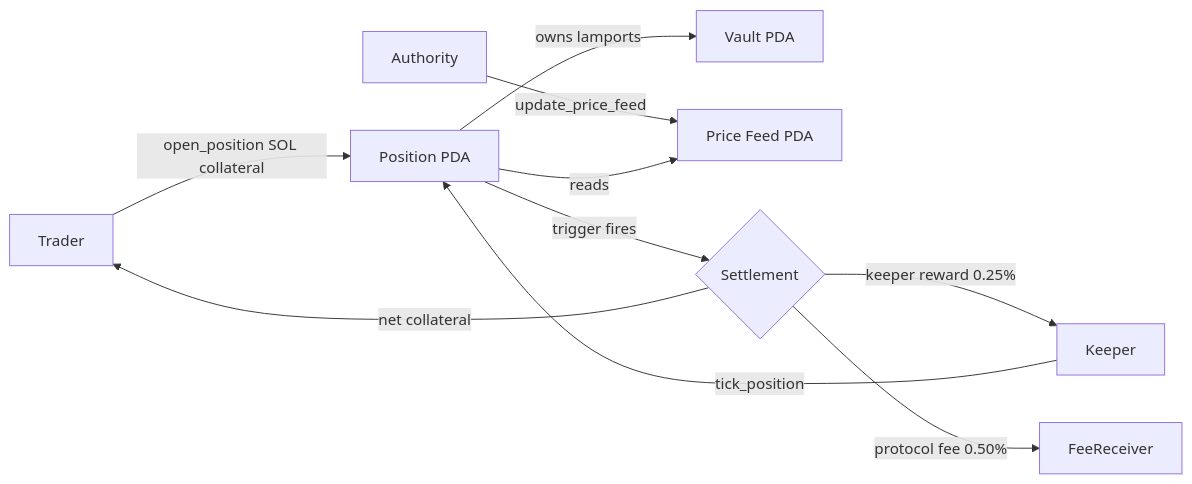
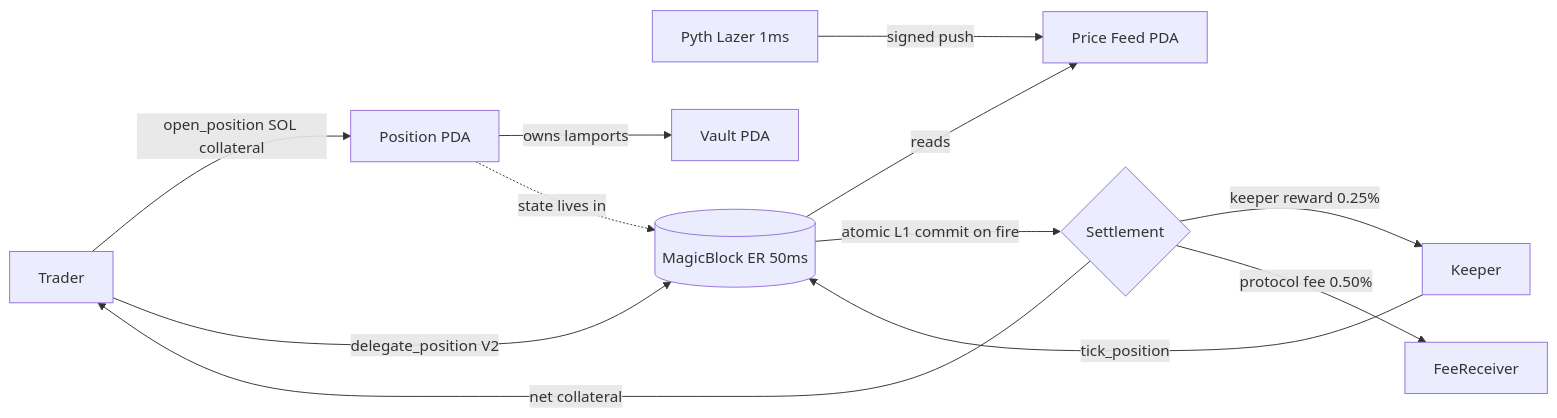
One commit to Hwaldev/hwal changed the diagram in README.md. Above: the diagram before and after it, drawn with Mermaid. The commit also changed other lines of this file and 3 other files, not shown here.

First line of the commit message:
docs: reposition around Pyth Lazer + MagicBlock ER pairing

````diff
--- a/README.md
+++ b/README.md
@@ -51,12 +54,14 @@
 ```mermaid
 flowchart LR
+    Lazer[Pyth Lazer 1ms] -->|signed push| Feed[Price Feed PDA]
     Trader -->|open_position SOL collateral| Position[Position PDA]
     Position -->|owns lamports| Vault[Vault PDA]
-    Authority -->|update_price_feed| Feed[Price Feed PDA]
-    Keeper -->|tick_position| Position
-    Position -->|reads| Feed
-    Position -->|trigger fires| Settle{Settlement}
+    Trader -->|delegate_position V2| ER[(MagicBlock ER 50ms)]
+    Position -.->|state lives in| ER
+    Keeper -->|tick_position| ER
+    ER -->|reads| Feed
+    ER -->|atomic L1 commit on fire| Settle{Settlement}
     Settle -->|keeper reward 0.25%| Keeper
     Settle -->|protocol fee 0.50%| FeeReceiver
     Settle -->|net collateral| Trader
 ```
````
